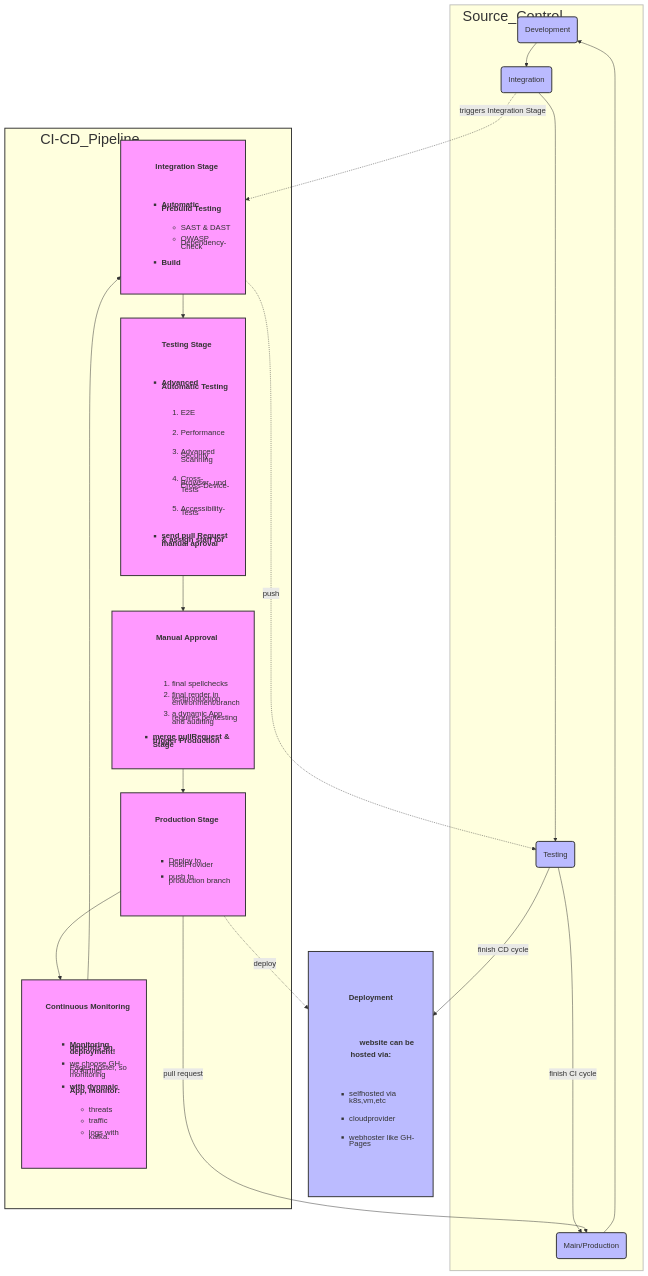
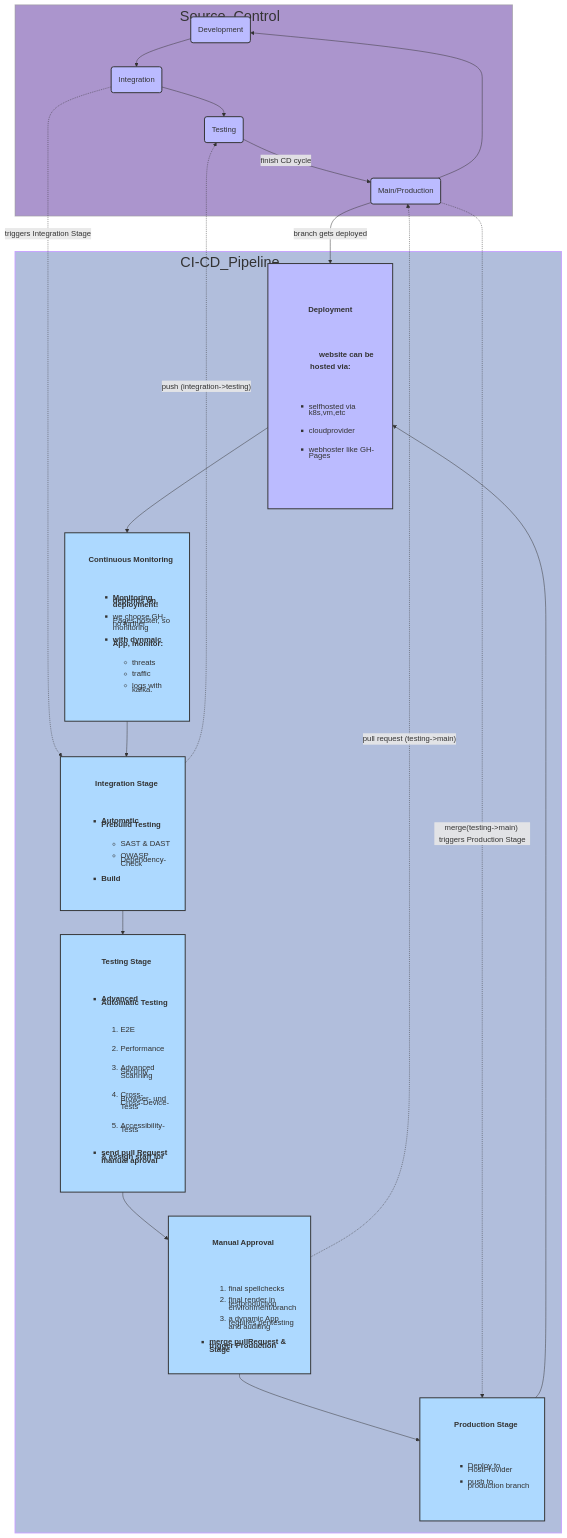
Before and after one commit to ji-podhead/ji-podhead-blog: the diagram in README.md, drawn with Mermaid.

````diff
--- a/README.md
+++ b/README.md
@@ -12,15 +12,15 @@
         M(Main/Production)
     end
 
-classDef JP fill:#fffff,stroke:#333,stroke-width:2px,font-size:30px,text-align:left,margin-right: 450px;
-classDef GH fill:#Fffff,stroke:#9999,stroke-width:2px,font-size:30px,text-align:left,margin-right: 350px;
+classDef JP fill:#B1BEDC,stroke:#C7A1FF,stroke-width:2px,font-size:30px,text-align:left,margin-right: 450px,font-color:#C7A1FF;
+classDef GH fill:#AB95CD,stroke:#9999,stroke-width:2px,font-size:30px,text-align:left,margin-right: 350px;
 
     subgraph "CI-CD_Pipeline"
 		
 	Integration[
-				<div style="text-align: center;margin-left: 15px; line-height: 0.5;">
+		<div style="text-align: center;margin-left: 15px; line-height: 0.5;">
 		<h4>Integration Stage</h4>
-				<ul style="text-align: left;list-style: square; line-height: 0.5;">
+		<ul style="text-align: left;list-style: square; line-height: 0.5;">
 		<li><b>Automatic Prebuild Testing</b></li>
 		<ul>	
     		<li>SAST & DAST</li>
@@ -71,6 +71,18 @@
           
 		</div>
 		]
+	GH[
+		<div style="text-align: center;">
+		<h4>Deployment</h4>
+		
+		<b>website can be hosted via:</b>
+		<ul style="text-align: left;list-style: square; margin-left: 15px; line-height: 0.8;">	
+		<li>selfhosted via k8s,vm,etc</li>
+		<li>cloudprovider</li>
+		<li>webhoster like GH-Pages</li>
+		</ul>
+		</div>
+  	]
 	Monitoring[
 				<div style="text-align: center;margin-left: 15px; line-height: 0.5;">
 		<h4>Continuous Monitoring</h4>
@@ -90,42 +102,30 @@
 	
 
 
-	GH[
-		<div style="text-align: center;">
-		<h4>Deployment</h4>
-		
-		<b>website can be hosted via:</b>
-		<ul style="text-align: left;list-style: square; margin-left: 15px; line-height: 0.8;">	
-		<li>selfhosted via k8s,vm,etc</li>
-		<li>cloudprovider</li>
-		<li>webhoster like GH-Pages</li>
-		</ul>
-		</div>
-  	]
+	
 
 	M --> D
 	D --> I
 	I --> T
-	T --"finish CD cycle"--> GH
-	T --"finish CI cycle"--> M 
+	M --"branch gets deployed"--> GH
+	T --"finish CD cycle"--> M 
 	Integration --> Testing
 	
 	I -. "triggers Integration Stage".-> Integration
-    	Integration -. "push".-> T
+    	Integration -. "push (integration->testing)".-> T
       	Testing --> Manual_Approval
    	Manual_Approval --> Production 
-       	Production -- "pull request"---> M
-
-    	Production -."deploy".-> GH
-	Production -->Monitoring
+       	Manual_Approval -."pull request (testing->main)".-> M
+	M -."merge(testing->main) triggers Production Stage".-> Production
+    	Production --> GH
+	GH -->Monitoring
 	Monitoring -->Integration
-    classDef default fill:#f9f,stroke:#333,stroke-width:2px;
+    classDef default fill:#ADD9FF,stroke:#333,stroke-width:2px;
     classDef branch fill:#bbf,stroke:#333,stroke-width:2px;
-    classDef action fill:#0f0,stroke:#333,stroke-width:2px;
+    classDef action fill:#ADD9FF stroke:#333,stroke-width:2px;
     classDef Manual_Approval fill:#00f,stroke:#333,stroke-width:2px;
     class P,I,T,GH,M,D branch
-    class SECURITY,MANUAL_SECURITY action
-	class CI-CD_Pipeline JP
-	class Source_Control GH
+class CI-CD_Pipeline JP
+class Source_Control GH
 
 ```
````
